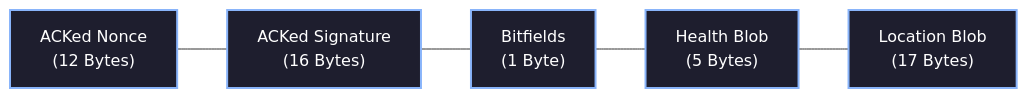
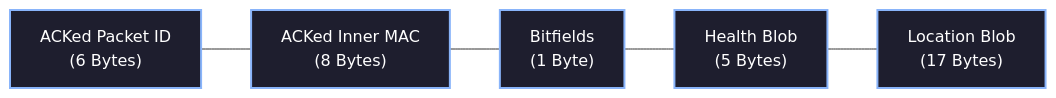
One commit to qshosfw/hermes changed the diagram in src/docs/content/docs/rfc/09-payload-ack.mdx. Above: the diagram before and after it, drawn with Mermaid. The commit also changed other lines of this file and 24 other files, not shown here.

````diff
--- a/src/docs/content/docs/rfc/09-payload-ack.mdx
+++ b/src/docs/content/docs/rfc/09-payload-ack.mdx
@@ -16,5 +16,5 @@
 ```mermaid
 graph LR
-    A["ACKed Nonce<br>(12 Bytes)"] --- B["ACKed Signature<br>(16 Bytes)"] --- C["Bitfields<br>(1 Byte)"] --- D["Health Blob<br>(5 Bytes)"] --- E["Location Blob<br>(17 Bytes)"]
+    A["ACKed Packet ID<br>(6 Bytes)"] --- B["ACKed Inner MAC<br>(8 Bytes)"] --- C["Bitfields<br>(1 Byte)"] --- D["Health Blob<br>(5 Bytes)"] --- E["Location Blob<br>(17 Bytes)"]
     classDef default fill:#1e1e2e,stroke:#89b4fa,stroke-width:2px,color:white;
 ```
````
